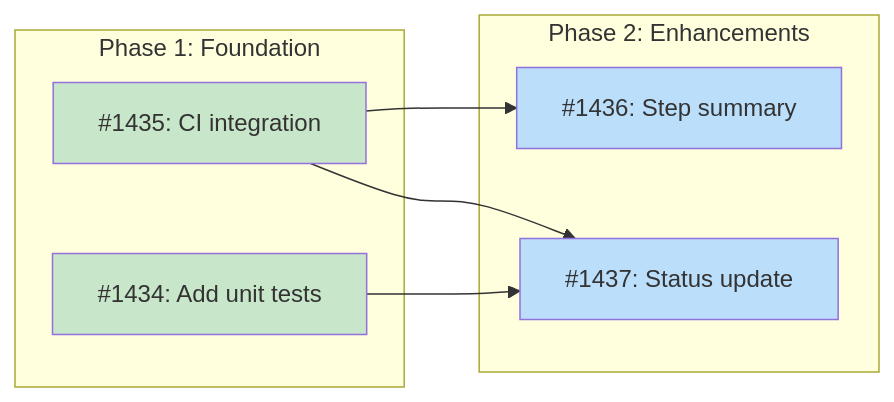
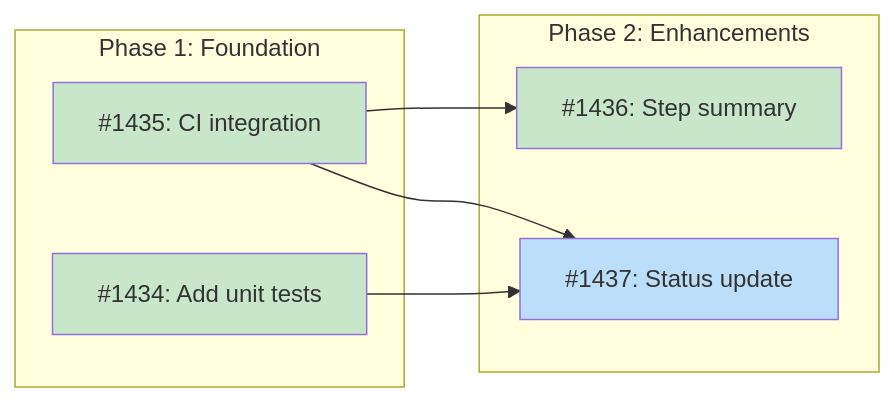
Before and after one commit to tsukumogami/tsuku: the diagram in docs/designs/DESIGN-pipeline-dashboard.md, drawn with Mermaid. The commit also changed other lines of this file and 1 other file, not shown here.

Commit message:
ci(pipeline): add step summary with queue status
Enhance the "Generate dashboard" step to write pipeline status to
$GITHUB_STEP_SUMMARY after generating dashboard.json:

- Queue status table with counts by status (pending, failed, blocked, success)
- Total package count
- Top 3 blockers (if any exist)
- Link to full dashboard at tsuku.dev/pipeline/

The step handles missing dashboard.json gracefully - summary is only
written if the file exists.

Fixes #1436

````diff
--- a/docs/designs/DESIGN-pipeline-dashboard.md
+++ b/docs/designs/DESIGN-pipeline-dashboard.md
@@ -65,24 +65,24 @@
 ```mermaid
 graph LR
     subgraph Phase1["Phase 1: Foundation"]
         I1434["#1434: Add unit tests"]
         I1435["#1435: CI integration"]
     end
 
     subgraph Phase2["Phase 2: Enhancements"]
         I1436["#1436: Step summary"]
         I1437["#1437: Status update"]
     end
 
     I1435 --> I1436
     I1434 --> I1437
     I1435 --> I1437
 
     classDef done fill:#c8e6c9
     classDef ready fill:#bbdefb
     classDef blocked fill:#fff9c4
     classDef needsDesign fill:#e1bee7
 
-    class I1434,I1435 done
-    class I1436,I1437 ready
+    class I1434,I1435,I1436 done
+    class I1437 ready
 ```
````
